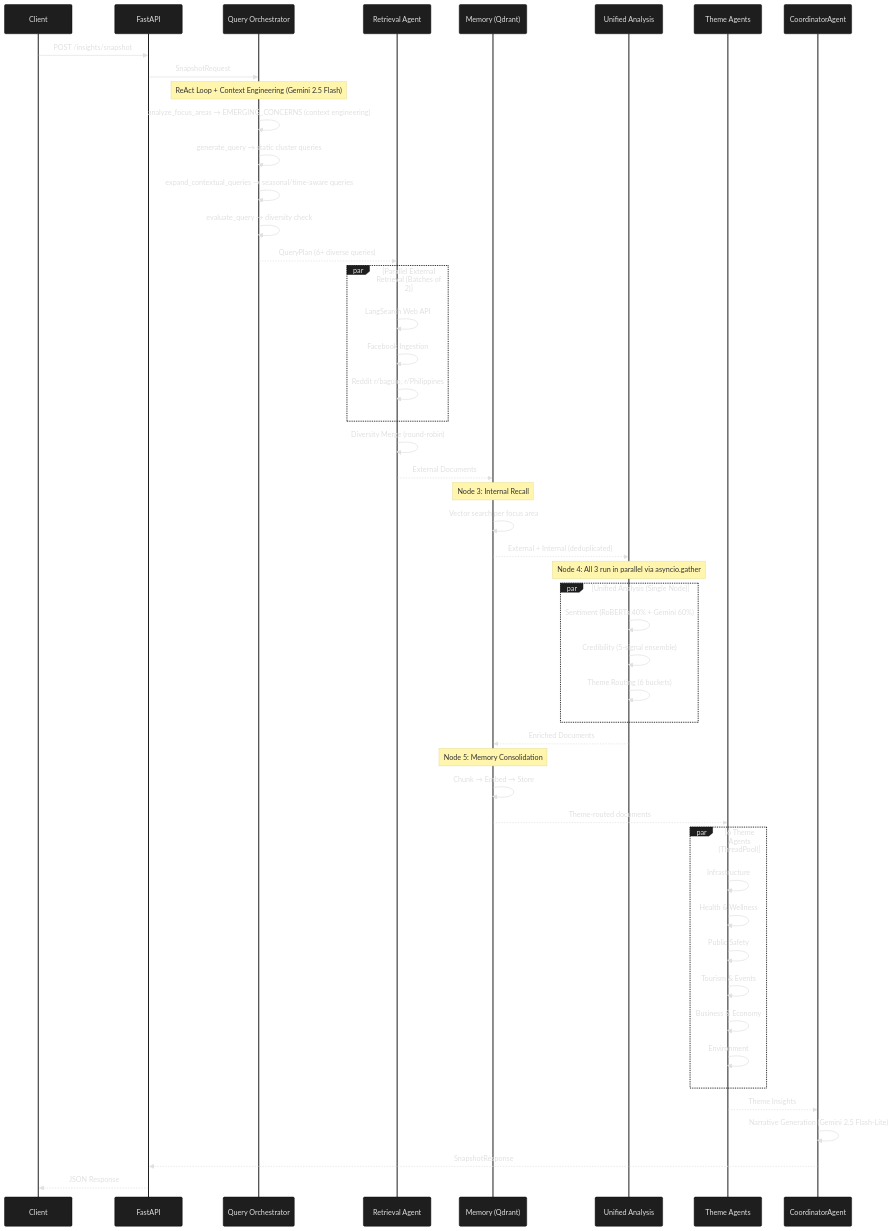
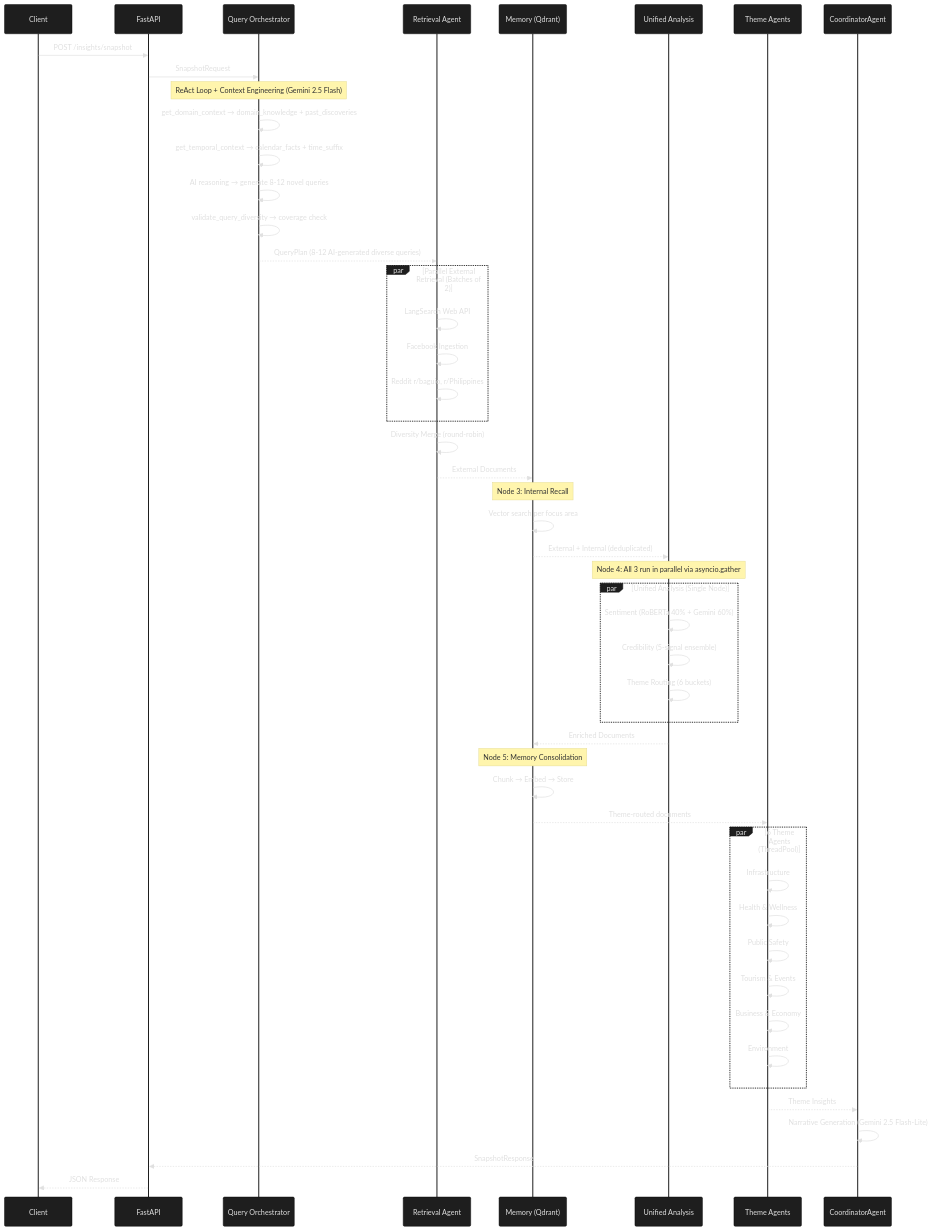
Before and after one commit to donyelqt/Hinaing: the fourth of 10 diagrams in docs/ARCHITECTURE.md, drawn with Mermaid. The commit also changed other lines of this file, not shown here.

````diff
--- a/docs/ARCHITECTURE.md
+++ b/docs/ARCHITECTURE.md
@@ -639,68 +639,68 @@
 ```mermaid
 %%{init: {'theme': 'base', 'themeVariables': {
   'primaryColor': '#1e1e1e',
   'primaryTextColor': '#e0e0e0',
   'secondaryColor': '#2d2d2d',
   'primaryFontSize': '14px',
   'secondaryFontSize': '12px',
   'actorBackgroundColor': '#1e1e1e',
   'actorBorderColor': '#e0e0e0'
  }}}%%
 sequenceDiagram
     participant Client
     participant API as FastAPI
     participant QO as Query Orchestrator
     participant RA as Retrieval Agent
     participant MEM as Memory (Qdrant)
     participant ANALYZE as Unified Analysis
     participant TA as Theme Agents
     participant GC as CoordinatorAgent
 
     Client->>API: POST /insights/snapshot
     API->>QO: SnapshotRequest
     
     Note over QO: ReAct Loop + Context Engineering (Gemini 2.5 Flash)
-    QO->>QO: analyze_focus_areas → EMERGING_CONCERNS (context engineering)
-    QO->>QO: generate_query → static cluster queries
-    QO->>QO: expand_contextual_queries → seasonal/time-aware queries
-    QO->>QO: evaluate_query → diversity check
-    QO-->>RA: QueryPlan (6+ diverse queries)
+    QO->>QO: get_domain_context → domain_knowledge + past_discoveries
+    QO->>QO: get_temporal_context → calendar_facts + time_suffix
+    QO->>QO: AI reasoning → generate 8-12 novel queries
+    QO->>QO: validate_query_diversity → coverage check
+    QO-->>RA: QueryPlan (8-12 AI-generated diverse queries)
 
     par Parallel External Retrieval (Batches of 2)
         RA->>RA: LangSearch Web API
         RA->>RA: Facebook Ingestion
         RA->>RA: Reddit r/baguio, r/Philippines
     end
     RA->>RA: Diversity Merge (round-robin)
     RA-->>MEM: External Documents
 
     Note over MEM: Node 3: Internal Recall
     MEM->>MEM: Vector search per focus area
     MEM-->>ANALYZE: External + Internal (deduplicated)
 
     Note over ANALYZE: Node 4: All 3 run in parallel via asyncio.gather
     par Unified Analysis (Single Node)
         ANALYZE->>ANALYZE: Sentiment (RoBERTa 40% + Gemini 60%)
         ANALYZE->>ANALYZE: Credibility (5-signal ensemble)
         ANALYZE->>ANALYZE: Theme Routing (6 buckets)
     end
     ANALYZE-->>MEM: Enriched Documents
 
     Note over MEM: Node 5: Memory Consolidation
     MEM->>MEM: Chunk → Embed → Store
     MEM-->>TA: Theme-routed documents
 
     par 6 Theme Agents (ThreadPool)
         TA->>TA: Infrastructure
         TA->>TA: Health & Wellness
         TA->>TA: Public Safety
         TA->>TA: Tourism & Events
         TA->>TA: Business & Economy
         TA->>TA: Environment
     end
     TA-->>GC: Theme Insights
 
     GC->>GC: Narrative Generation (Gemini 2.5 Flash-Lite)
     GC-->>API: SnapshotResponse
     API-->>Client: JSON Response
 ```
````
